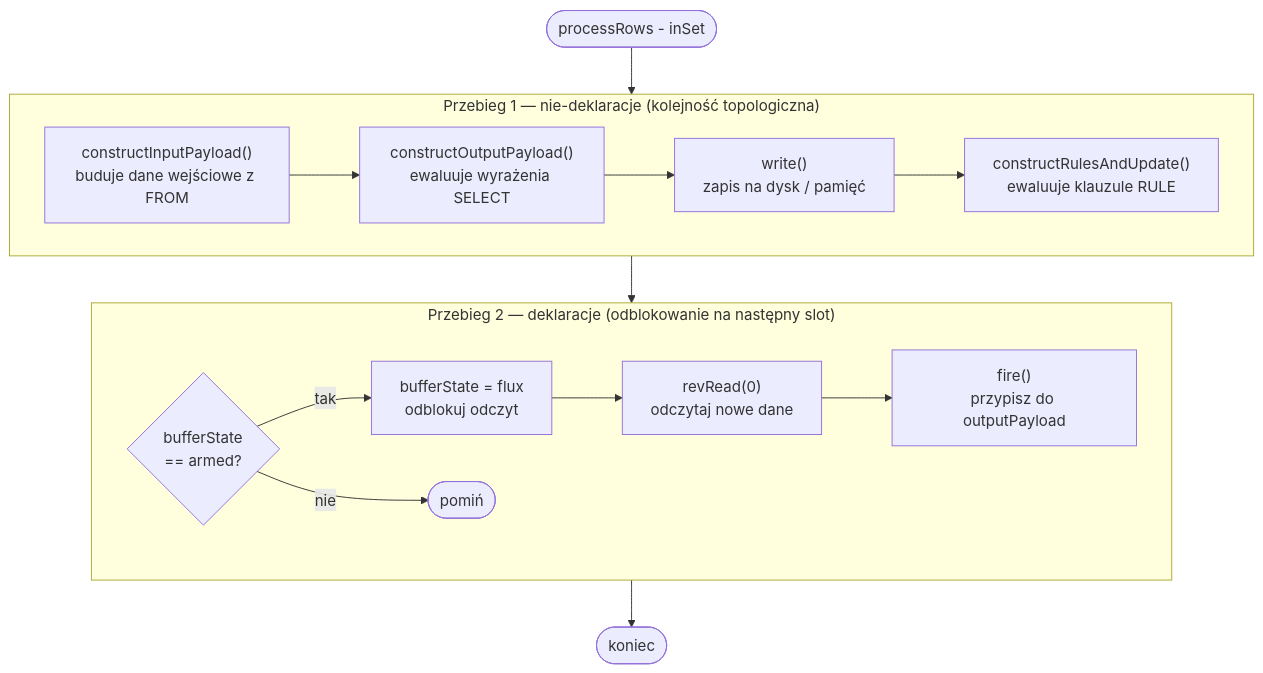
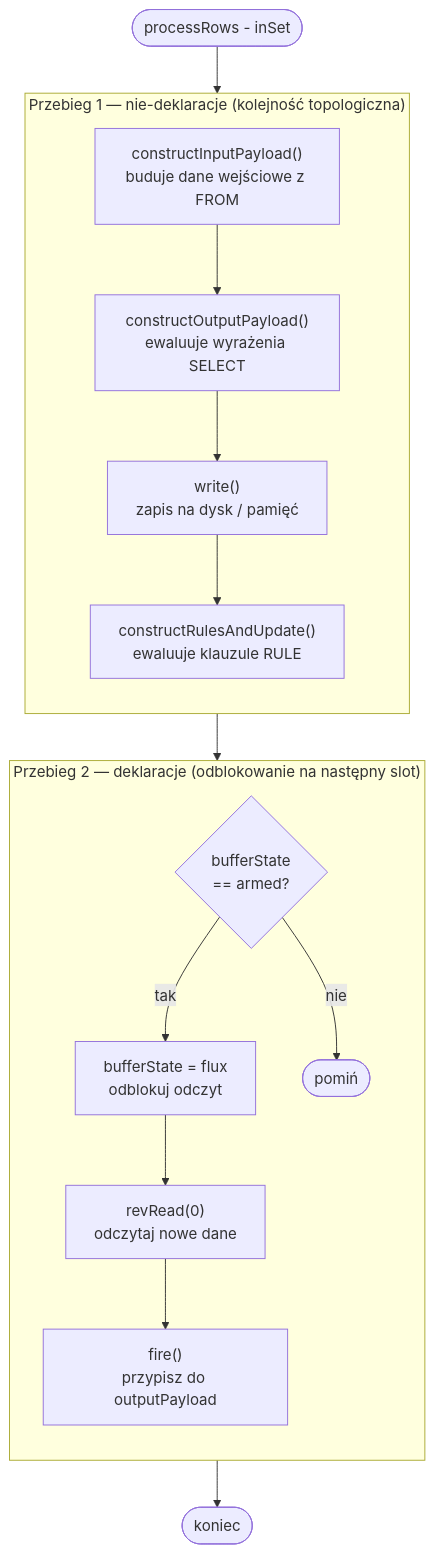
The fourth of 6 diagrams in realizacja-zapytan/algorytm-przegladu-drzewa-zapytan.md (michalwidera/dokumentacja-rdb), drawn with Mermaid before and after one commit. The commit also changed other lines of this file, not shown here.

Commit message:
GITBOOK-148: No subject

````diff
--- a/realizacja-zapytan/algorytm-przegladu-drzewa-zapytan.md
+++ b/realizacja-zapytan/algorytm-przegladu-drzewa-zapytan.md
@@ -120,25 +120,25 @@
 ```mermaid
 flowchart TD
     S([processRows - inSet]) --> P1
 
     subgraph P1["Przebieg 1 — nie-deklaracje (kolejność topologiczna)"]
-        direction LR
+        direction TB
         X1["constructInputPayload()\nbuduje dane wejściowe z FROM"] --> X2
         X2["constructOutputPayload()\newaluuje wyrażenia SELECT"] --> X3
         X3["write()\nzapis na dysk / pamięć"] --> X4
         X4["constructRulesAndUpdate()\newaluuje klauzule RULE"]
     end
 
     P1 --> P2
 
     subgraph P2["Przebieg 2 — deklaracje (odblokowanie na następny slot)"]
-        direction LR
+        direction TB
         Y1{"bufferState\n== armed?"} -->|tak| Y2
         Y2["bufferState = flux\nodblokuj odczyt"] --> Y3
         Y3["revRead(0)\nodczytaj nowe dane"] --> Y4
         Y4["fire()\nprzypisz do outputPayload"]
         Y1 -->|nie| Y5([pomiń])
     end
 
     P2 --> E([koniec])
 ```
````
